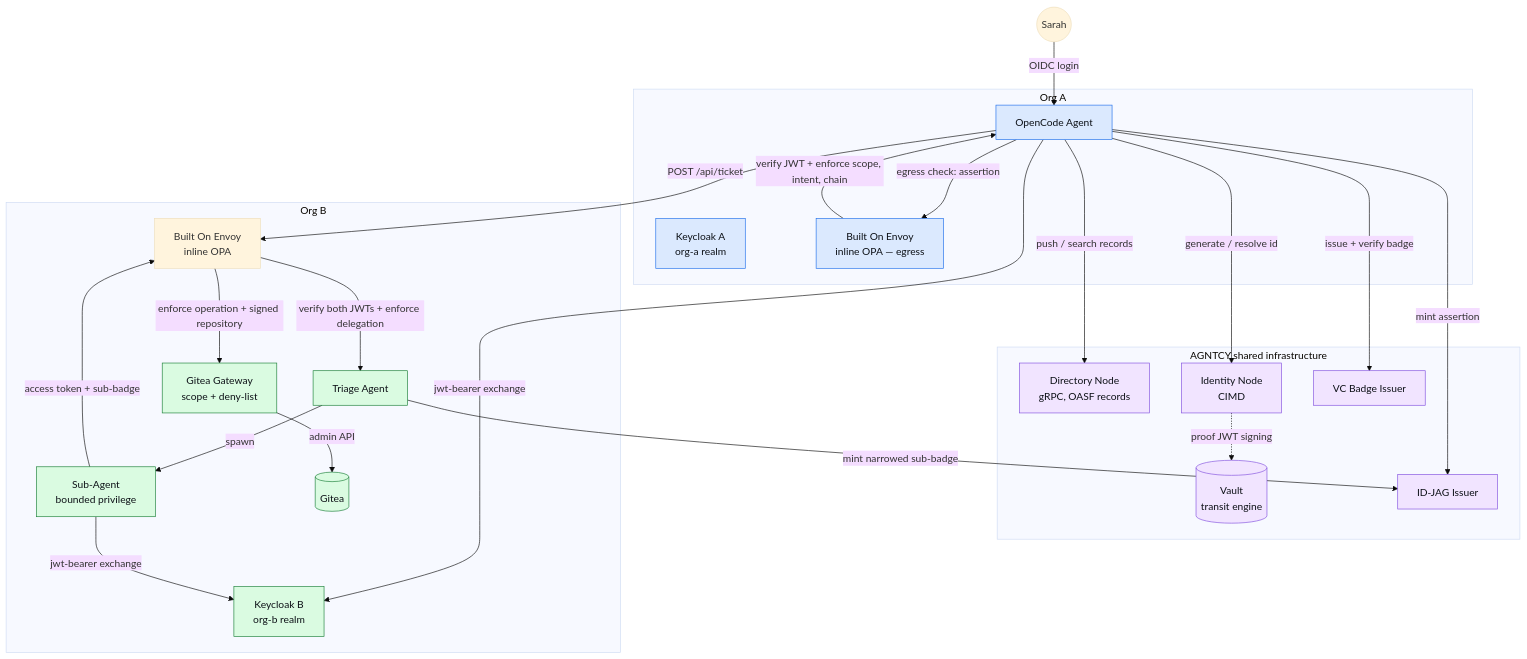
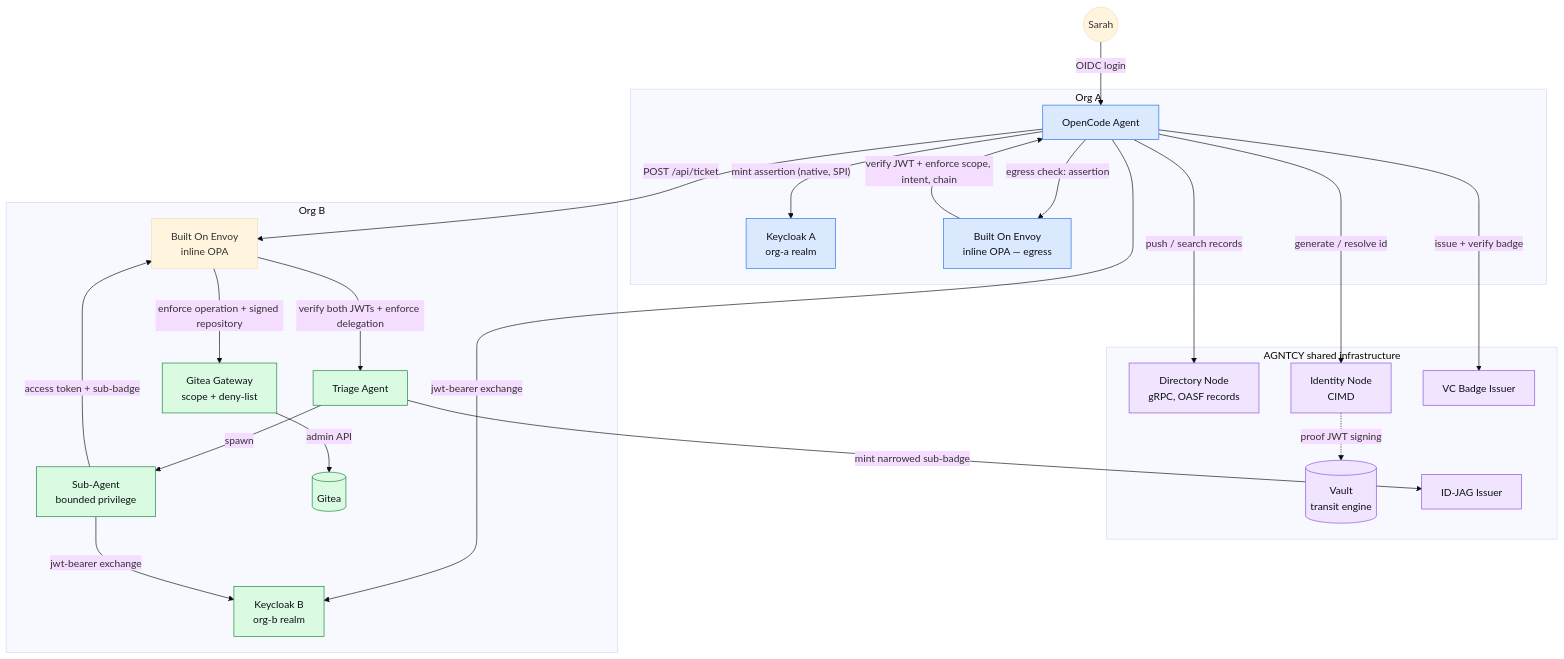
Before and after one commit to agntcy/agent-identity-demos: the first of 2 diagrams in cross-domain-id-jag-vc/README.md, drawn with Mermaid (base theme). The commit also changed other lines of this file and 23 other files, not shown here.

````diff
--- a/cross-domain-id-jag-vc/README.md
+++ b/cross-domain-id-jag-vc/README.md
@@ -78,52 +78,52 @@
 ```mermaid
 flowchart TB
     Sarah(("Sarah"))
 
     subgraph OrgA[" Org A "]
         KCA["Keycloak A\norg-a realm"]
         OC["OpenCode Agent"]
         EnvoyA["Built On Envoy\ninline OPA — egress"]
     end
 
     subgraph AGNTCY[" AGNTCY shared infrastructure "]
         Dir["Directory Node\ngRPC, OASF records"]
         IdNode["Identity Node\nCIMD"]
         Vault[("Vault\ntransit engine")]
         VC["VC Badge Issuer"]
         IDJAG["ID-JAG Issuer"]
     end
 
     subgraph OrgB[" Org B "]
         KCB["Keycloak B\norg-b realm"]
         Envoy["Built On Envoy\ninline OPA"]
         Triage["Triage Agent"]
         Sub["Sub-Agent\nbounded privilege"]
         GW["Gitea Gateway\nscope + deny-list"]
         Gitea[("Gitea")]
     end
 
     Sarah -->|"OIDC login"| OC
     OC -->|"push / search records"| Dir
     OC -->|"generate / resolve id"| IdNode
     IdNode -.->|"proof JWT signing"| Vault
     OC -->|"issue + verify badge"| VC
-    OC -->|"mint assertion"| IDJAG
+    OC -->|"mint assertion (native, SPI)"| KCA
     OC -->|"egress check: assertion"| EnvoyA
     EnvoyA -->|"verify JWT + enforce scope, intent, chain"| OC
     OC -->|"jwt-bearer exchange"| KCB
     OC -->|"POST /api/ticket"| Envoy
     Envoy -->|"verify both JWTs + enforce delegation"| Triage
     Triage -->|"mint narrowed sub-badge"| IDJAG
     Triage -->|"spawn"| Sub
     Sub -->|"jwt-bearer exchange"| KCB
     Sub -->|"access token + sub-badge"| Envoy
     Envoy -->|"enforce operation + signed repository"| GW
     GW -->|"admin API"| Gitea
 
     classDef orgA fill:#dbe9fe,stroke:#1f6feb,color:#0d1117;
     classDef orgB fill:#dafbe1,stroke:#1a7f37,color:#0d1117;
     classDef shared fill:#f1e4ff,stroke:#8250df,color:#0d1117;
     class KCA,OC,EnvoyA orgA;
     class KCB,Triage,Sub,GW,Gitea orgB;
     class Dir,IdNode,Vault,VC,IDJAG shared;
 ```
````
